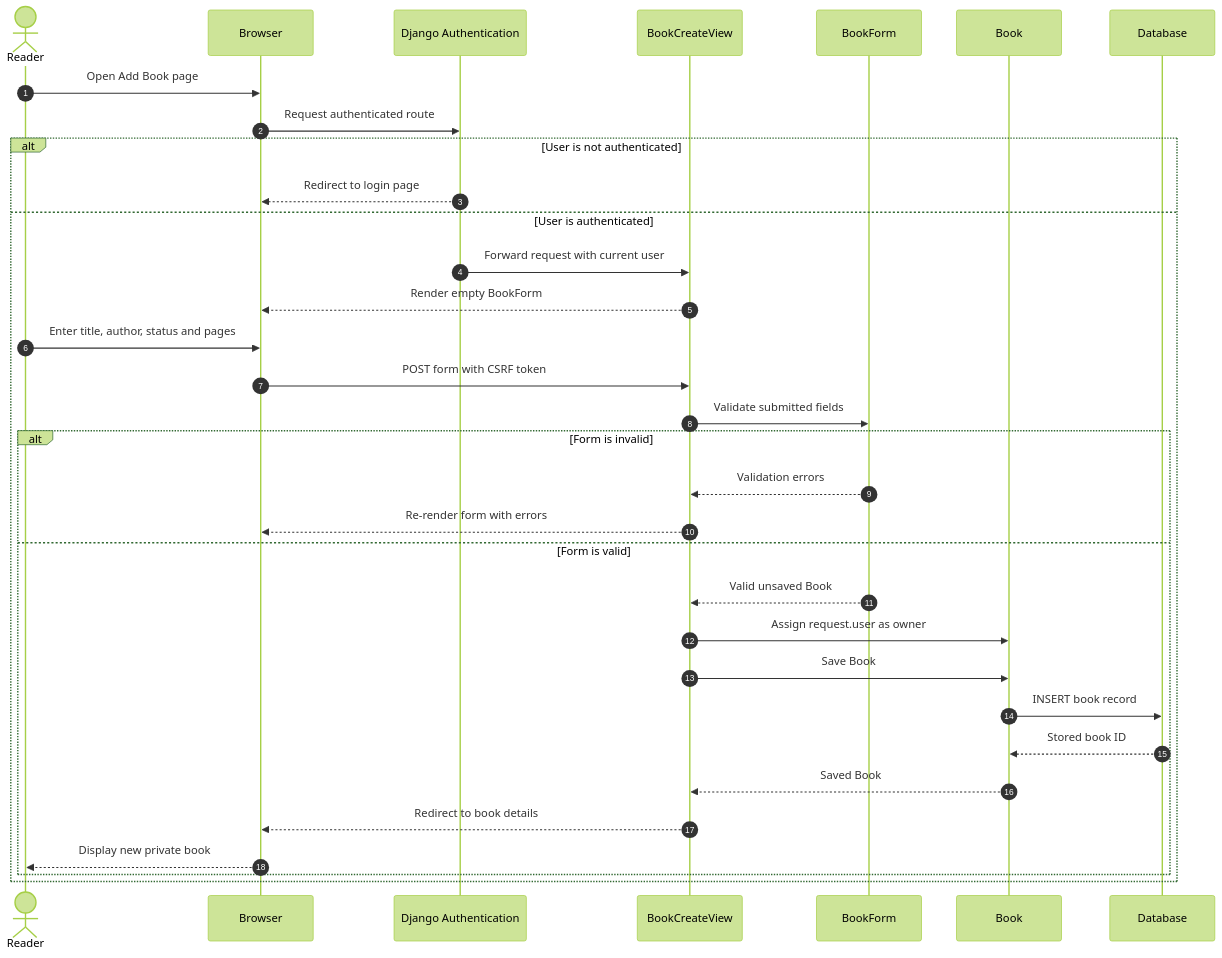
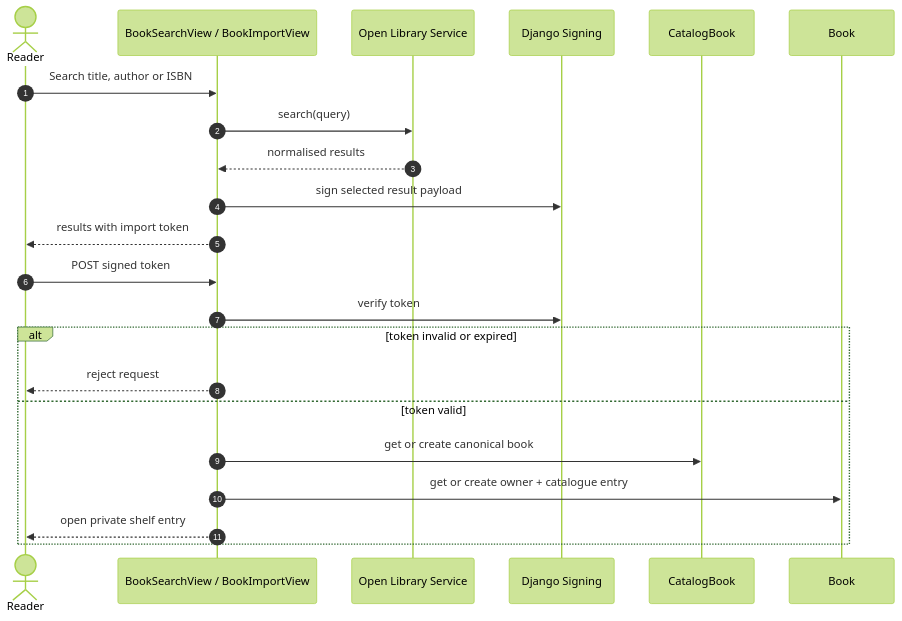
One commit to unvde/CP3407-Assessment changed the diagram in docs/week4/sequence-diagram.md. Above: the diagram before and after it, drawn with Mermaid (forest theme). The commit also changed other lines of this file and 57 other files, not shown here.

````diff
--- a/docs/week4/sequence-diagram.md
+++ b/docs/week4/sequence-diagram.md
@@ -7,38 +3,25 @@
 ```mermaid
 sequenceDiagram
     autonumber
     actor Reader
-    participant Browser
-    participant Auth as Django Authentication
-    participant View as BookCreateView
-    participant Form as BookForm
-    participant Model as Book
-    participant DB as Database
+    participant View as BookSearchView / BookImportView
+    participant Service as Open Library Service
+    participant Signer as Django Signing
+    participant Catalog as CatalogBook
+    participant Shelf as Book
 
-    Reader->>Browser: Open Add Book page
-    Browser->>Auth: Request authenticated route
-
-    alt User is not authenticated
-        Auth-->>Browser: Redirect to login page
-    else User is authenticated
-        Auth->>View: Forward request with current user
-        View-->>Browser: Render empty BookForm
-        Reader->>Browser: Enter title, author, status and pages
-        Browser->>View: POST form with CSRF token
-        View->>Form: Validate submitted fields
-
-        alt Form is invalid
-            Form-->>View: Validation errors
-            View-->>Browser: Re-render form with errors
-        else Form is valid
-            Form-->>View: Valid unsaved Book
-            View->>Model: Assign request.user as owner
-            View->>Model: Save Book
-            Model->>DB: INSERT book record
-            DB-->>Model: Stored book ID
-            Model-->>View: Saved Book
-            View-->>Browser: Redirect to book details
-            Browser-->>Reader: Display new private book
-        end
+    Reader->>View: Search title, author or ISBN
+    View->>Service: search(query)
+    Service-->>View: normalised results
+    View->>Signer: sign selected result payload
+    View-->>Reader: results with import token
+    Reader->>View: POST signed token
+    View->>Signer: verify token
+    alt token invalid or expired
+        View-->>Reader: reject request
+    else token valid
+        View->>Catalog: get or create canonical book
+        View->>Shelf: get or create owner + catalogue entry
+        View-->>Reader: open private shelf entry
     end
 ```
````
